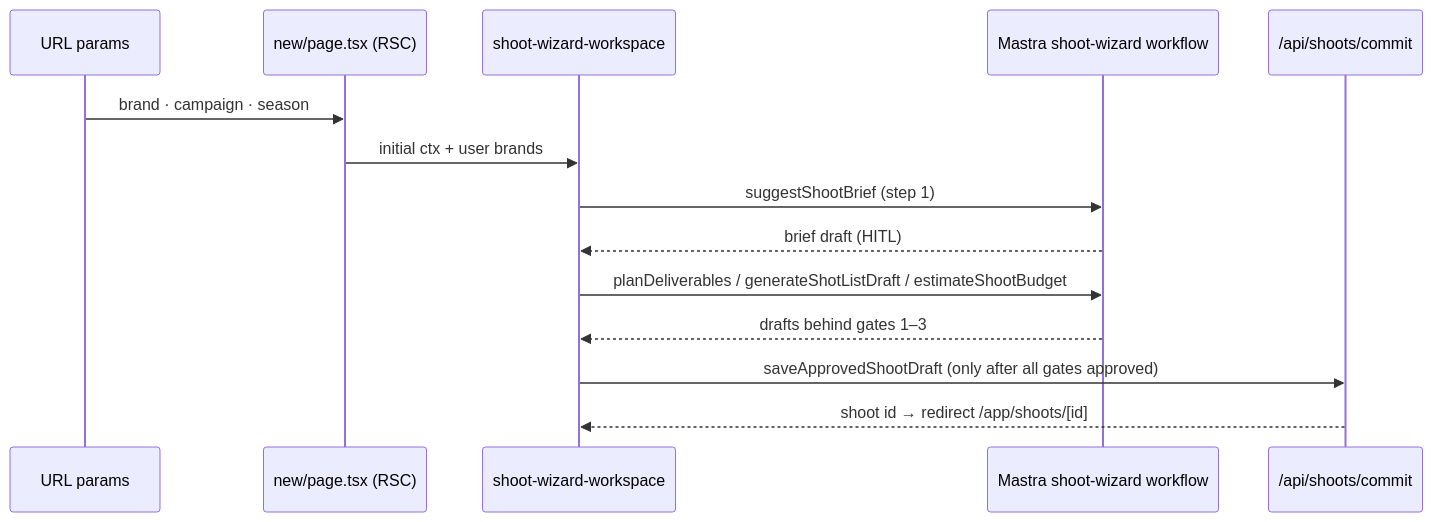
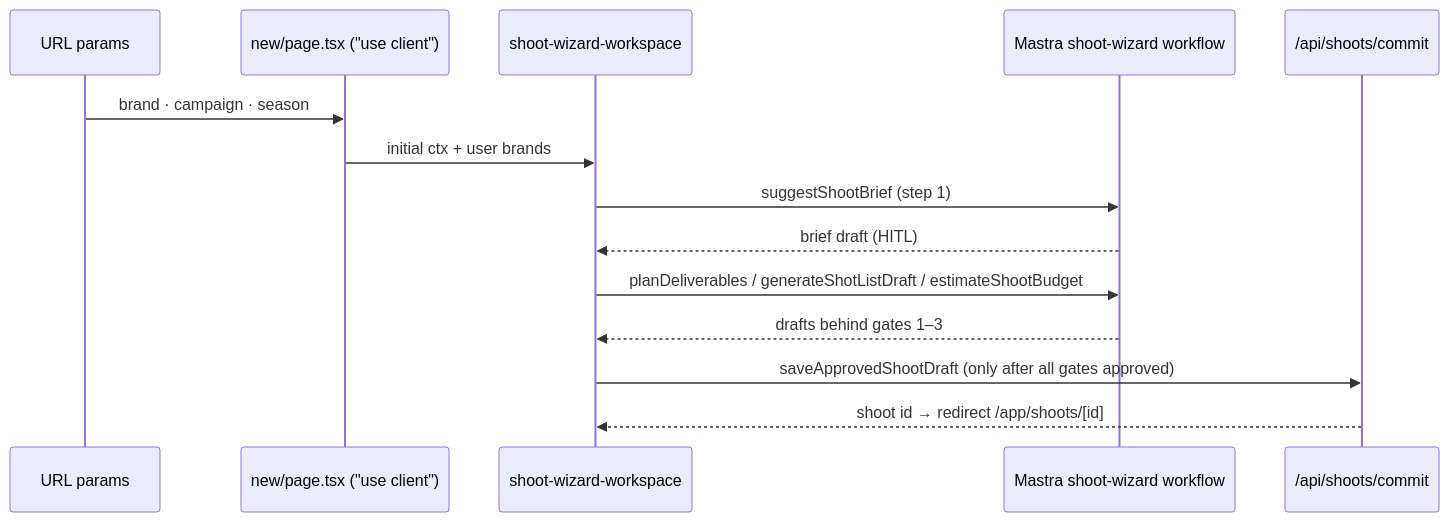
The third of 3 diagrams in tasks/design-docs/shoot/PLAN/shoot-wizard-dc-conversion.md (amo-tech-ai/lumina-studio), drawn with Mermaid before and after one commit. The commit also changed other lines of this file, not shown here.

````diff
--- a/tasks/design-docs/shoot/PLAN/shoot-wizard-dc-conversion.md
+++ b/tasks/design-docs/shoot/PLAN/shoot-wizard-dc-conversion.md
@@ -301,16 +302,16 @@
 ```mermaid
 sequenceDiagram
   participant U as URL params
-  participant P as new/page.tsx (RSC)
+  participant P as new/page.tsx ("use client")
   participant W as shoot-wizard-workspace
   participant M as Mastra shoot-wizard workflow
   participant A as /api/shoots/commit
   U->>P: brand · campaign · season
   P->>W: initial ctx + user brands
   W->>M: suggestShootBrief (step 1)
   M-->>W: brief draft (HITL)
   W->>M: planDeliverables / generateShotListDraft / estimateShootBudget
   M-->>W: drafts behind gates 1–3
   W->>A: saveApprovedShootDraft (only after all gates approved)
   A-->>W: shoot id → redirect /app/shoots/[id]
 ```
````
